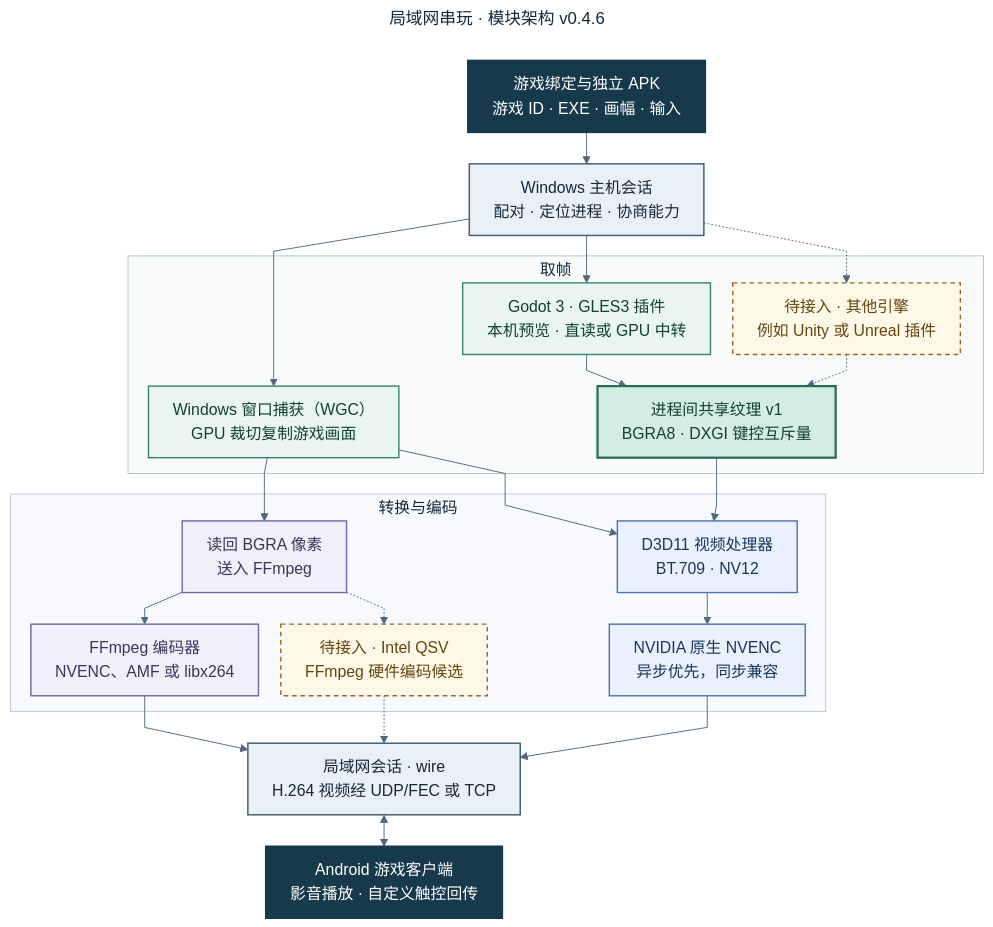
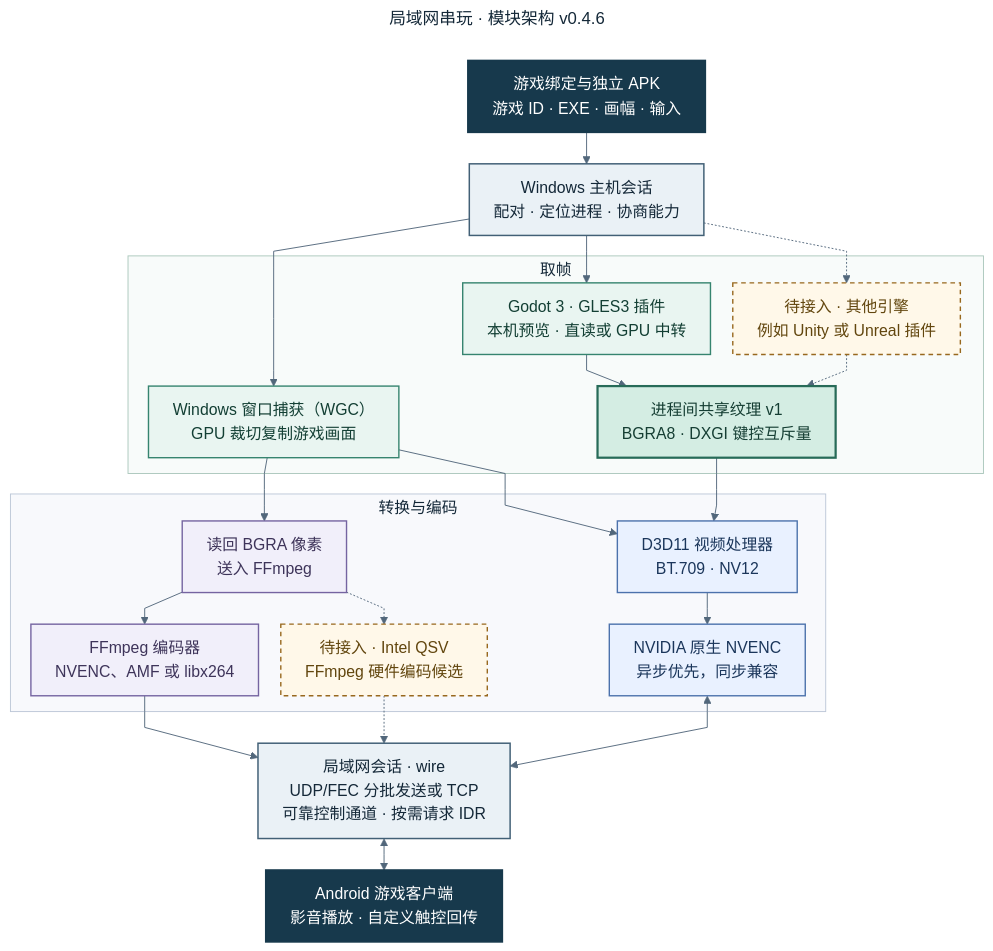
One commit to 181404010226/lan-game-stream changed the diagram in docs/architecture.md. Above: the diagram before and after it, drawn with Mermaid. The commit also changed other lines of this file and 15 other files, not shown here.

````diff
--- a/docs/architecture.md
+++ b/docs/architecture.md
@@ -5,73 +5,73 @@
 ```mermaid
 ---
 title: 局域网串玩 · 模块架构 v0.4.6
 config:
   theme: base
   themeVariables:
     fontFamily: "Microsoft YaHei, Noto Sans CJK SC, sans-serif"
     fontSize: "17px"
     lineColor: "#52677b"
     primaryTextColor: "#142838"
     titleColor: "#142838"
     edgeLabelBackground: "#ffffff"
   flowchart:
     htmlLabels: false
     curve: linear
     nodeSpacing: 24
     rankSpacing: 34
     padding: 13
     wrappingWidth: 290
     subGraphTitleMargin:
       top: 4
       bottom: 8
 ---
 flowchart TB
     accTitle: 局域网串玩模块架构
     accDescr: 游戏绑定经主机会话选择窗口或引擎纹理。NVIDIA 原生路径与 FFmpeg 路径输出 H.264，手机显示画面并回传操作。虚线是扩展示例。
     game["游戏绑定与独立 APK<br/>游戏 ID · EXE · 画幅 · 输入"]:::binding
     session["Windows 主机会话<br/>配对 · 定位进程 · 协商能力"]:::session
     game --> session
 
     subgraph SRC["取帧"]
         win["Windows 窗口捕获（WGC）<br/>GPU 裁切复制游戏画面"]:::source
         godot["Godot 3 · GLES3 插件<br/>本机预览 · 直读或 GPU 中转"]:::source
         newEngine["待接入 · 其他引擎<br/>例如 Unity 或 Unreal 插件"]:::future
         shared["进程间共享纹理 v1<br/>BGRA8 · DXGI 键控互斥量"]:::contract
         godot --> shared
         newEngine -.-> shared
     end
     session --> win
     session --> godot
     session -.-> newEngine
 
     subgraph ENC["转换与编码"]
         pixels["读回 BGRA 像素<br/>送入 FFmpeg"]:::software
         ff["FFmpeg 编码器<br/>NVENC、AMF 或 libx264"]:::software
         qsv["待接入 · Intel QSV<br/>FFmpeg 硬件编码候选"]:::future
         nv12["D3D11 视频处理器<br/>BT.709 · NV12"]:::gpu
         nv["NVIDIA 原生 NVENC<br/>异步优先，同步兼容"]:::gpu
         pixels --> ff
         pixels -.-> qsv
         nv12 --> nv
     end
     win --> pixels
     win --> nv12
     shared --> nv12
 
-    media["局域网会话 · wire<br/>H.264 视频经 UDP/FEC 或 TCP"]:::session
+    media["局域网会话 · wire<br/>UDP/FEC 分批发送或 TCP<br/>可靠控制通道 · 按需请求 IDR"]:::session
     phone["Android 游戏客户端<br/>影音播放 · 自定义触控回传"]:::binding
     ff --> media
     qsv -.-> media
-    nv --> media
+    nv <--> media
     media <--> phone
 
     classDef binding fill:#17394c,stroke:#17394c,color:#ffffff,stroke-width:2px;
     classDef session fill:#eaf1f6,stroke:#426076,color:#142838,stroke-width:1.6px;
     classDef source fill:#e9f5f1,stroke:#36846f,color:#133f34,stroke-width:1.5px;
     classDef contract fill:#d4ede3,stroke:#276b58,color:#153e33,stroke-width:2.4px;
     classDef gpu fill:#e9f1ff,stroke:#4c72ac,color:#1b365b,stroke-width:1.5px;
     classDef software fill:#f1effa,stroke:#7564a1,color:#3e345a,stroke-width:1.5px;
     classDef future fill:#fff8e9,stroke:#98681e,color:#62460e,stroke-dasharray:5 4,stroke-width:1.5px;
     style SRC fill:#f8fbfa,stroke:#abc7bc,color:#183e32
     style ENC fill:#f8f9fc,stroke:#bcc7d7,color:#23384e
 ```
````
